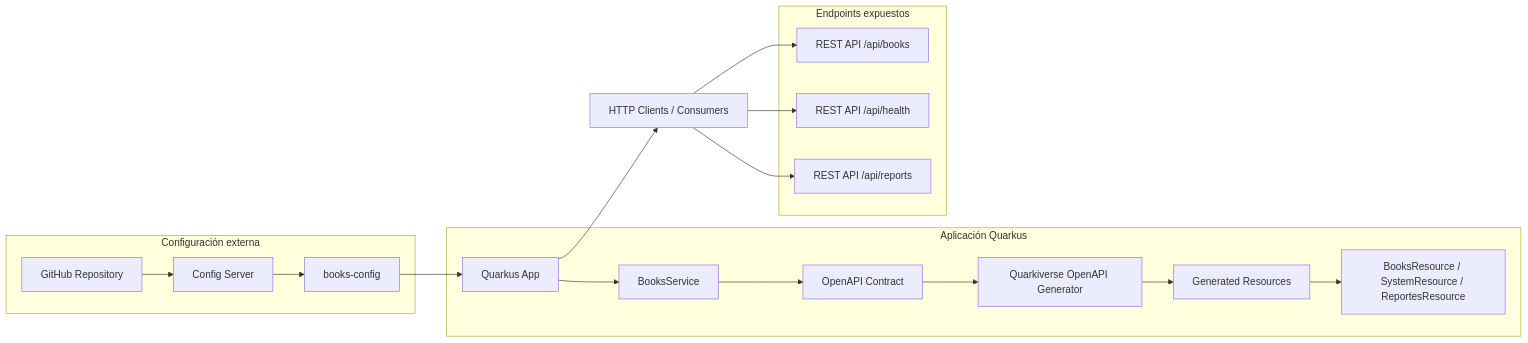
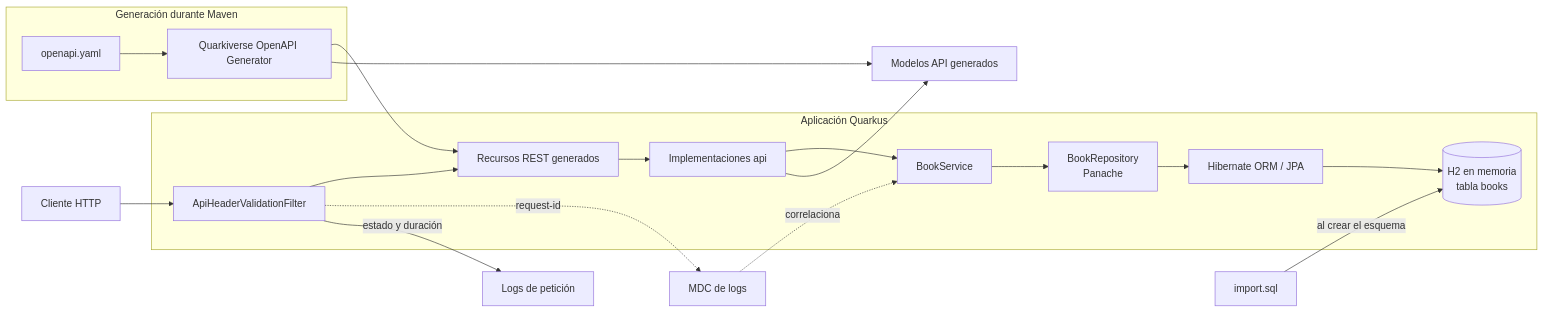
One commit to rubensq74/app-server-quarkus changed the diagram in app-server-quarkus/docs/architecture-flow.md. Above: the diagram before and after it, drawn with Mermaid. The commit also changed other lines of this file and 19 other files, not shown here.

Commit message:
base de datos con parametros en  local y desde config-server

````diff
--- a/app-server-quarkus/docs/architecture-flow.md
+++ b/app-server-quarkus/docs/architecture-flow.md
@@ -3,36 +3,36 @@
 ```mermaid
 flowchart LR
-    A[GitHub Repository] --> B[Config Server]
-    B --> C[books-config]
-    C --> D[Quarkus App]
-    D --> E[BooksService]
-    E --> F[OpenAPI Contract]
-    F --> G[Quarkiverse OpenAPI Generator]
-    G --> H[Generated Resources]
-    H --> I[BooksResource / SystemResource / ReportesResource]
-    D --> J[HTTP Clients / Consumers]
-    J --> K[REST API /api/books]
-    J --> L[REST API /api/health]
-    J --> M[REST API /api/reports]
+    Client[Cliente HTTP] --> Filter[ApiHeaderValidationFilter]
+    Filter --> Resource[Recursos REST generados]
+    Resource --> Impl[Implementaciones api]
+    Impl --> Service[BookService]
+    Service --> Repo[BookRepository<br/>Panache]
+    Repo --> ORM[Hibernate ORM / JPA]
+    ORM --> DB[(H2 en memoria<br/>tabla books)]
 
-    subgraph ExternalConfig[Configuración externa]
-        A
-        B
-        C
+    Contract[openapi.yaml] --> Generator[Quarkiverse OpenAPI Generator]
+    Generator --> Resource
+    Generator --> Models[Modelos API generados]
+    Impl --> Models
+
+    Seed[import.sql] -->|al crear el esquema| DB
+
+    Filter -. request-id .-> MDC[MDC de logs]
+    MDC -. correlaciona .-> Service
+    Filter -->|estado y duración| Logs[Logs de petición]
+
+    subgraph Build[Generación durante Maven]
+        Contract
+        Generator
     end
 
-    subgraph App[Aplicación Quarkus]
-        D
-        E
-        F
-        G
-        H
-        I
-    end
-
-    subgraph APIs[Endpoints expuestos]
-        K
-        L
-        M
+    subgraph Runtime[Aplicación Quarkus]
+        Filter
+        Resource
+        Impl
+        Service
+        Repo
+        ORM
+        DB
     end
 ```
````
